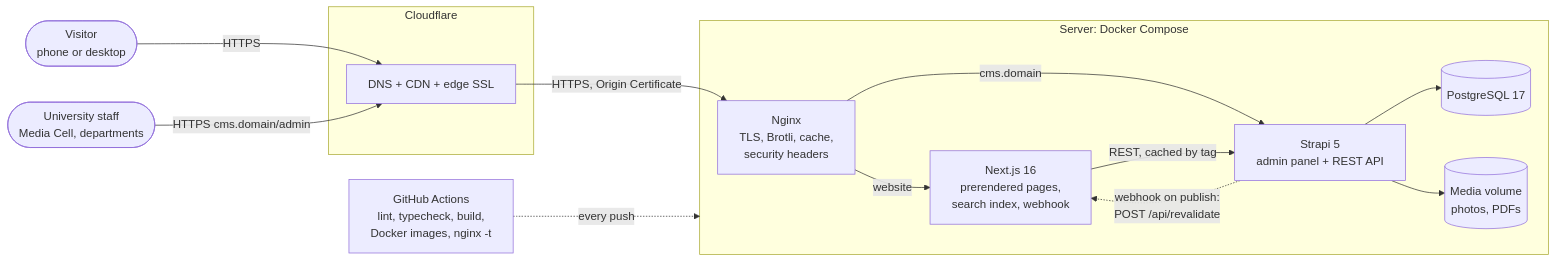
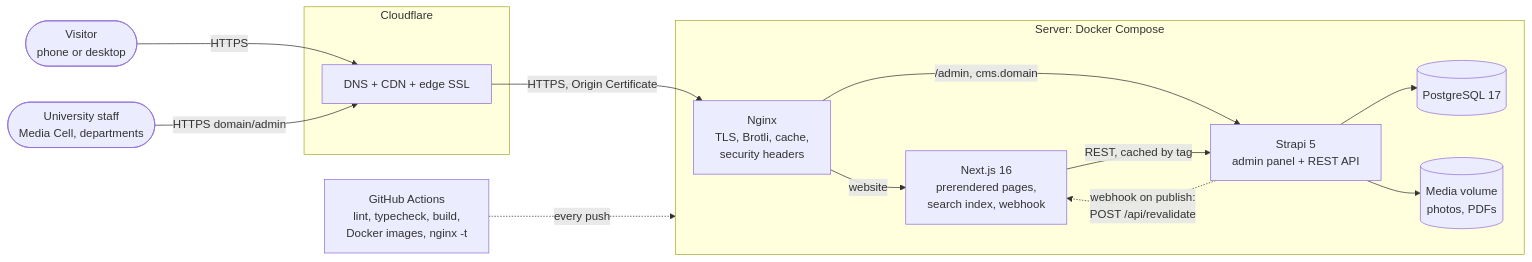
One commit to Habibakhan77/University-of-swat changed the diagram in README.md. Above: the diagram before and after it, drawn with Mermaid. The commit also changed other lines of this file and 21 other files, not shown here.

First line of the commit message:
feat: Strapi admin at <site>/admin, branded as the University of Swat

````diff
--- a/README.md
+++ b/README.md
@@ -156,30 +156,30 @@
 ```mermaid
 flowchart LR
   visitor([Visitor<br/>phone or desktop])
   editor([University staff<br/>Media Cell, departments])
 
   subgraph CF[Cloudflare]
     dns[DNS + CDN + edge SSL]
   end
 
   subgraph VPS[Server: Docker Compose]
     nginx[Nginx<br/>TLS, Brotli, cache,<br/>security headers]
     next[Next.js 16<br/>prerendered pages,<br/>search index, webhook]
     strapi[Strapi 5<br/>admin panel + REST API]
     pg[(PostgreSQL 17)]
     media[(Media volume<br/>photos, PDFs)]
   end
 
   gh[GitHub Actions<br/>lint, typecheck, build,<br/>Docker images, nginx -t]
 
   visitor -->|HTTPS| dns
-  editor -->|HTTPS cms.domain/admin| dns
+  editor -->|HTTPS domain/admin| dns
   dns -->|HTTPS, Origin Certificate| nginx
   nginx -->|website| next
-  nginx -->|cms.domain| strapi
+  nginx -->|/admin, cms.domain| strapi
   next -->|REST, cached by tag| strapi
   strapi --> pg
   strapi --> media
   strapi -.->|webhook on publish:<br/>POST /api/revalidate| next
   gh -.->|every push| VPS
 ```
````
